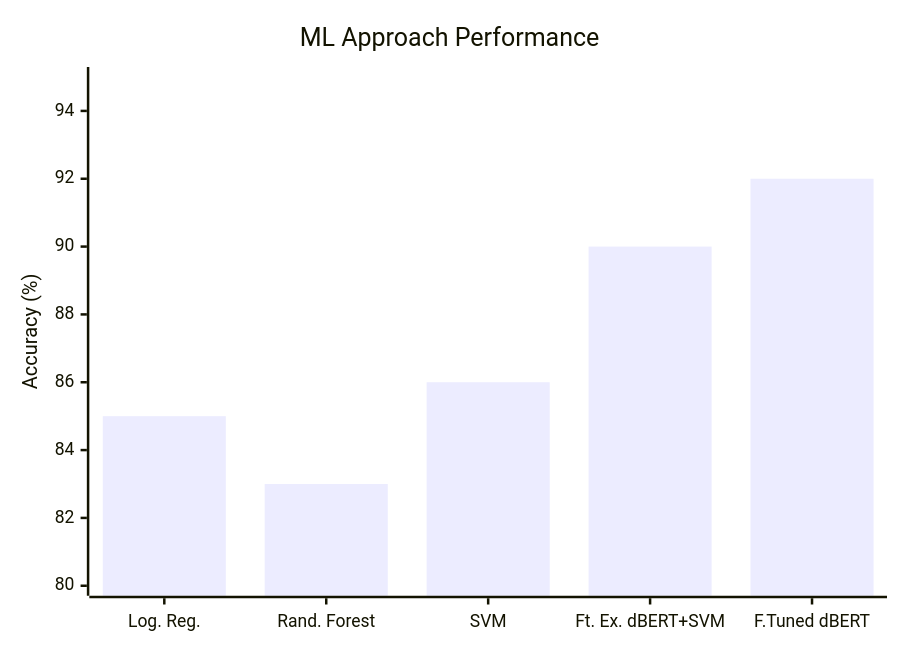
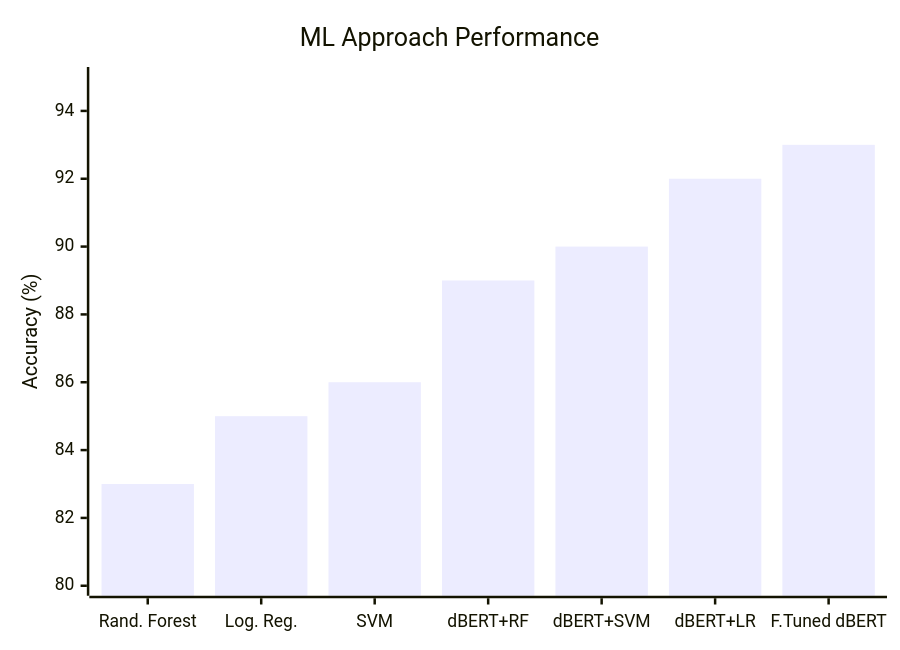
One commit to ranton256/classifying_concord changed the second of 2 diagrams in classifying_condord.md. Above: the diagram before and after it, drawn with Mermaid. The commit also changed other lines of this file and 1 other file, not shown here.

Commit message:
Fix a typo and regenerate PDF

````diff
--- a/classifying_condord.md
+++ b/classifying_condord.md
@@ -488,7 +488,7 @@
 ```mermaid
 xychart-beta
     title "ML Approach Performance"
-    x-axis ["Log. Reg.", "Rand. Forest", "SVM", "Ft. Ex. dBERT+SVM", "F.Tuned dBERT"]
+    x-axis ["Rand. Forest", "Log. Reg.", "SVM", "dBERT+RF", "dBERT+SVM", "dBERT+LR", "F.Tuned dBERT"]
     y-axis "Accuracy (%)" 80 --> 95
-    bar [85, 83, 86, 90, 92]
+    bar [83, 85, 86, 89, 90, 92, 93]
 ```
````
